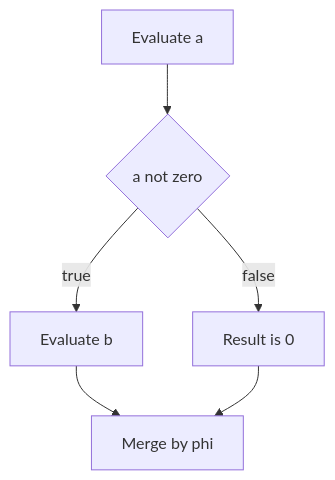
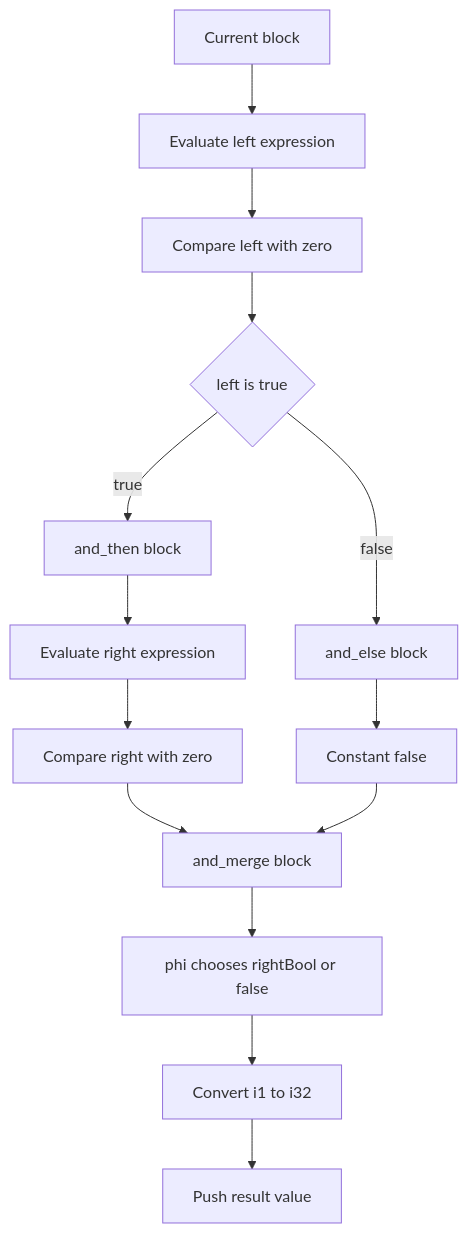
One commit to NIBRSYK16/c--compiler changed the sixth of 6 diagrams in report.md. Above: the diagram before and after it, drawn with Mermaid. The commit also changed other lines of this file, not shown here.

````diff
--- a/report.md
+++ b/report.md
@@ -514,8 +615,16 @@
 ```mermaid
 graph TD
-    A[Evaluate a] --> B{a not zero}
-    B -->|true| C[Evaluate b]
-    B -->|false| D[Result is 0]
-    C --> E[Merge by phi]
-    D --> E
+    Entry[Current block] --> EvalLeft[Evaluate left expression]
+    EvalLeft --> LeftBool[Compare left with zero]
+    LeftBool --> Branch{left is true}
+    Branch -->|true| ThenBB[and_then block]
+    Branch -->|false| ElseBB[and_else block]
+    ThenBB --> EvalRight[Evaluate right expression]
+    EvalRight --> RightBool[Compare right with zero]
+    RightBool --> MergeBB[and_merge block]
+    ElseBB --> FalseValue[Constant false]
+    FalseValue --> MergeBB
+    MergeBB --> Phi[phi chooses rightBool or false]
+    Phi --> Zext[Convert i1 to i32]
+    Zext --> Result[Push result value]
 ```
````
